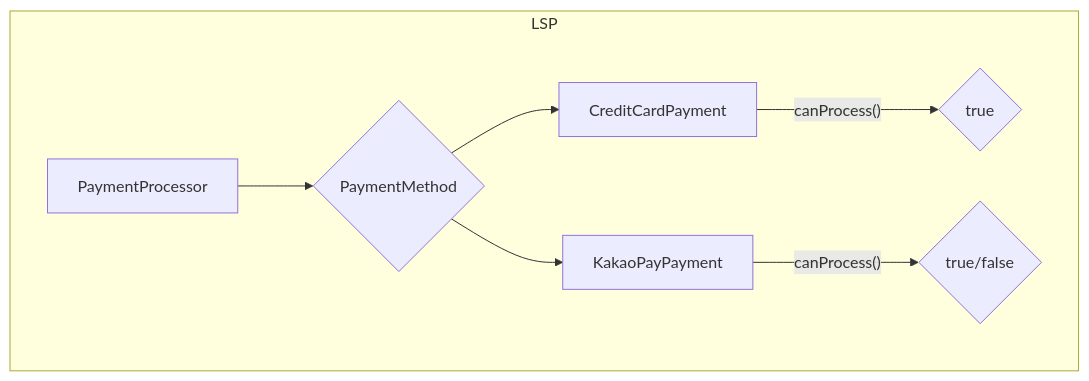
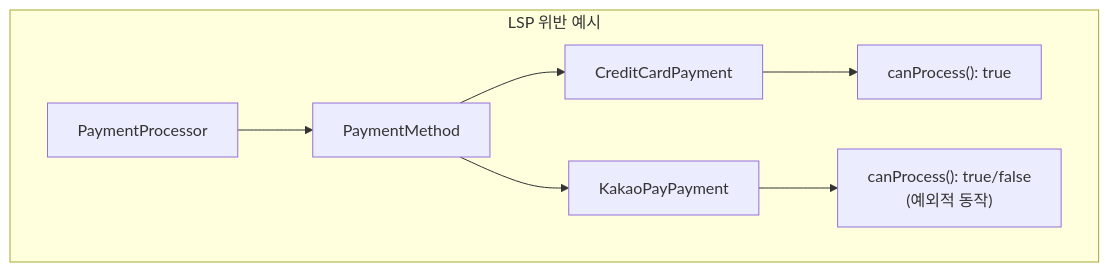
The third of 4 diagrams in data/blog/web/solid-principles-for-frontend-developers.mdx (deokgoo/next-duck-blog), drawn with Mermaid before and after one commit. The commit also changed other lines of this file and 4 other files, not shown here.

Commit message:
fix: solid-principles mermaid 수정, discuss 앱 설정 수정

````diff
--- a/data/blog/web/solid-principles-for-frontend-developers.mdx
+++ b/data/blog/web/solid-principles-for-frontend-developers.mdx
@@ -488,10 +488,10 @@
 ```mermaid
 graph TD
-    subgraph LSP
-        A[PaymentProcessor] --> B{PaymentMethod}
+    subgraph LSP["LSP 위반 예시"]
+        A[PaymentProcessor] --> B["PaymentMethod"]
         B --> C[CreditCardPayment]
         B --> D[KakaoPayPayment]
-        C -- canProcess() --> E{true}
-        D -- canProcess() --> F{true/false}
+        C --> E["canProcess(): true"]
+        D --> F["canProcess(): true/false<br/>(예외적 동작)"]
     end
 ```
````
